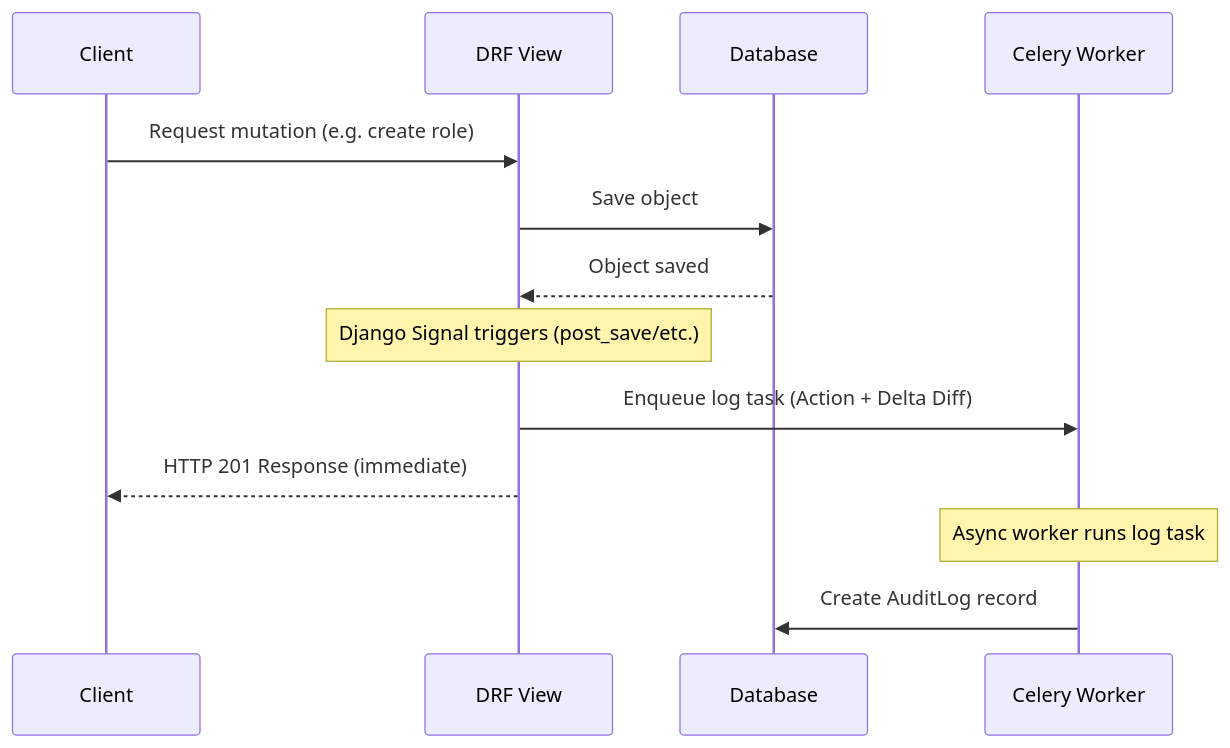
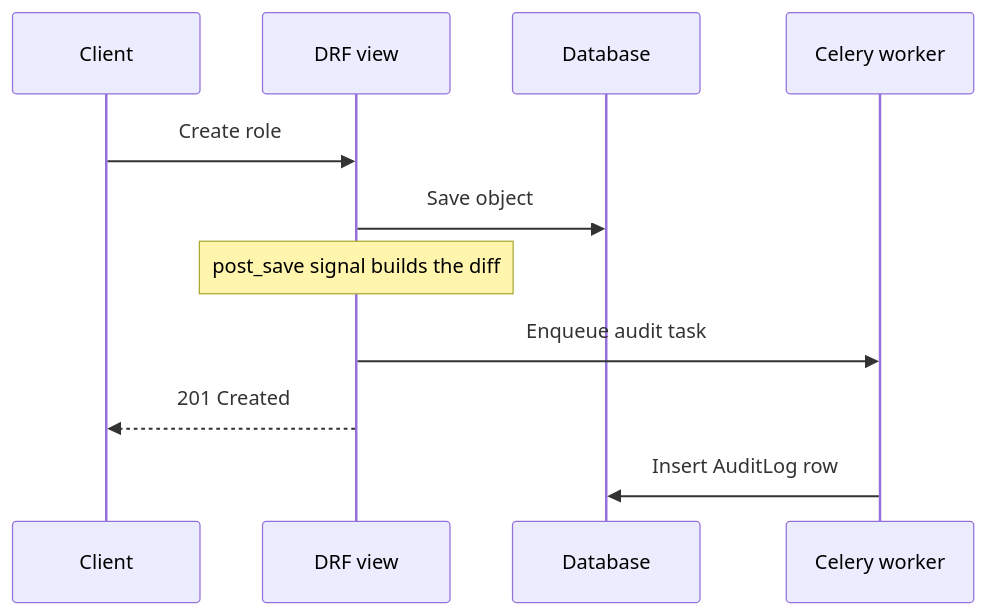
Before and after one commit to areycruzer/godown-rbac-system: the third of 3 diagrams in README.md, drawn with Mermaid. The commit also changed other lines of this file and 2 other files, not shown here.

````diff
--- a/README.md
+++ b/README.md
@@ -58,16 +52,13 @@
 ```mermaid
 sequenceDiagram
     participant Client
-    participant View as DRF View
+    participant View as DRF view
     participant DB as Database
-    participant Celery as Celery Worker
-    
-    Client->>View: Request mutation (e.g. create role)
+    participant Celery as Celery worker
+    Client->>View: Create role
     View->>DB: Save object
-    DB-->>View: Object saved
-    Note over View: Django Signal triggers (post_save/etc.)
-    View->>Celery: Enqueue log task (Action + Delta Diff)
-    View-->>Client: HTTP 201 Response (immediate)
-    Note over Celery: Async worker runs log task
-    Celery->>DB: Create AuditLog record
+    Note over View: post_save signal builds the diff
+    View->>Celery: Enqueue audit task
+    View-->>Client: 201 Created
+    Celery->>DB: Insert AuditLog row
 ```
````
